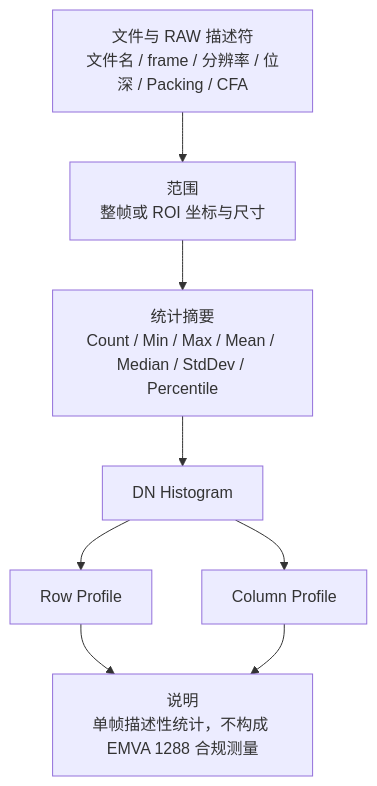
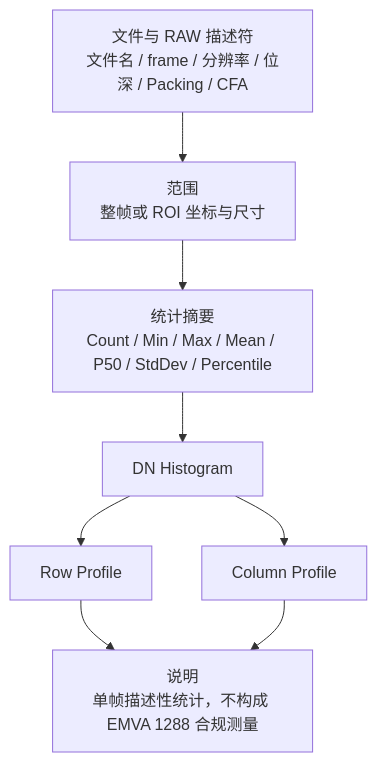
Before and after one commit to woooooooooolf/eRAW: the fifth of 5 diagrams in docs/IMAGE_STATISTICS.md, drawn with Mermaid. The commit also changed other lines of this file and 10 other files, not shown here.

````diff
--- a/docs/IMAGE_STATISTICS.md
+++ b/docs/IMAGE_STATISTICS.md
@@ -468,17 +468,17 @@
 ```mermaid
 flowchart TB
     META["文件与 RAW 描述符<br/>文件名 / frame / 分辨率 / 位深 / Packing / CFA"]
     ROI["范围<br/>整帧或 ROI 坐标与尺寸"]
-    SUMMARY["统计摘要<br/>Count / Min / Max / Mean / Median / StdDev / Percentile"]
+    SUMMARY["统计摘要<br/>Count / Min / Max / Mean / P50 / StdDev / Percentile"]
     HIST["DN Histogram"]
     ROW["Row Profile"]
     COL["Column Profile"]
     NOTE["说明<br/>单帧描述性统计，不构成 EMVA 1288 合规测量"]
 
     META --> ROI --> SUMMARY
     SUMMARY --> HIST
     HIST --> ROW
     HIST --> COL
     ROW --> NOTE
     COL --> NOTE
 ```
````
